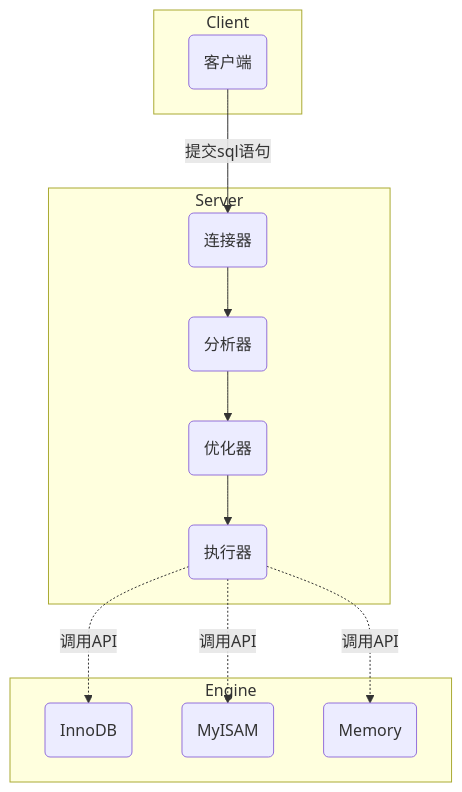
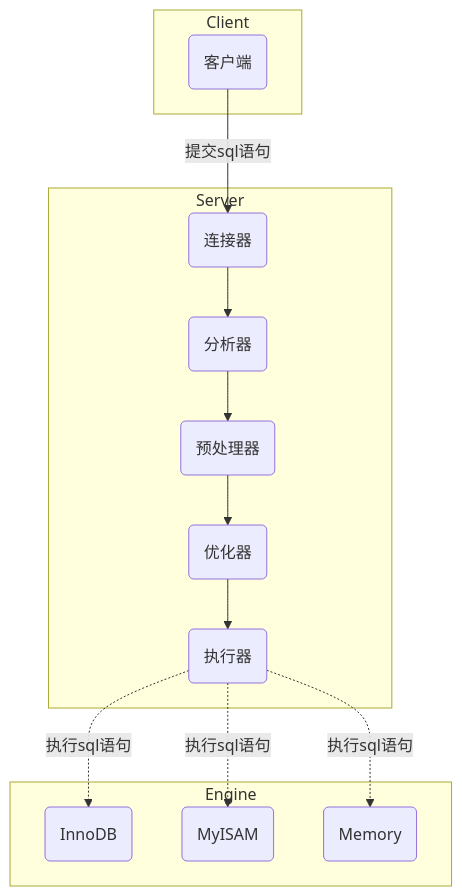
One commit to jiliguluss/step_by_step changed the diagram in MySQL/MySQL基础.md. Above: the diagram before and after it, drawn with Mermaid. The commit also changed other lines of this file and 1 other file, not shown here.

````diff
--- a/MySQL/MySQL基础.md
+++ b/MySQL/MySQL基础.md
@@ -5,16 +7,16 @@
 ```mermaid
 graph TD
     subgraph Client [Client]
         A(客户端)
     end
     subgraph Server [Server]
-        B(连接器) --> C(分析器) --> D(优化器) --> E(执行器)
+        B(连接器) --> C(分析器) --> D(预处理器) --> E(优化器) --> F(执行器)
     end
     subgraph Engine [Engine]
-        F(InnoDB)
-        G(MyISAM)
-        H(Memory)
+        G(InnoDB)
+        H(MyISAM)
+        I(Memory)
     end
     A -->|提交sql语句| B
-    E -.->|调用API| F & G & H
+    F -.->|执行sql语句| G & H & I
 ```
````
